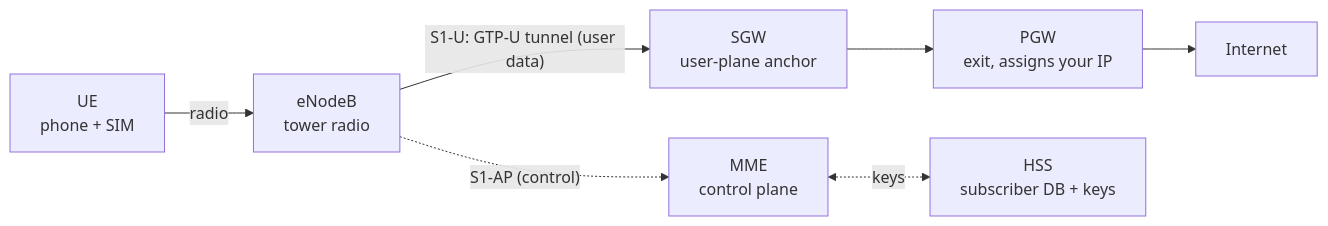
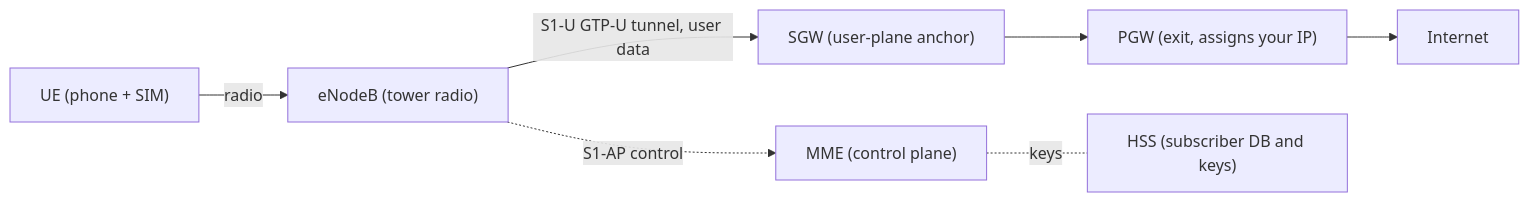
Before and after one commit to apolzek/apolzek.github.io: the ninth of 9 diagrams in _posts/2026-05-29-the-networking-refresher.md, drawn with Mermaid. The commit also changed other lines of this file, not shown here.

First line of the commit message:
fix: make Mermaid diagrams render on the theme

````diff
--- a/_posts/2026-05-29-the-networking-refresher.md
+++ b/_posts/2026-05-29-the-networking-refresher.md
@@ -1119,15 +1122,15 @@
 ```mermaid
 flowchart LR
-  UE["UE<br/>phone + SIM"]
-  EN["eNodeB<br/>tower radio"]
-  SGW["SGW<br/>user-plane anchor"]
-  PGW["PGW<br/>exit, assigns your IP"]
+  UE["UE (phone + SIM)"]
+  EN["eNodeB (tower radio)"]
+  SGW["SGW (user-plane anchor)"]
+  PGW["PGW (exit, assigns your IP)"]
   NET["Internet"]
-  MME["MME<br/>control plane"]
-  HSS["HSS<br/>subscriber DB + keys"]
+  MME["MME (control plane)"]
+  HSS["HSS (subscriber DB and keys)"]
   UE -->|radio| EN
-  EN -->|"S1-U: GTP-U tunnel (user data)"| SGW
+  EN -->|"S1-U GTP-U tunnel, user data"| SGW
   SGW --> PGW --> NET
-  EN -.->|"S1-AP (control)"| MME
-  MME <-.->|keys| HSS
+  EN -.->|"S1-AP control"| MME
+  MME -.-|keys| HSS
 ```
````
